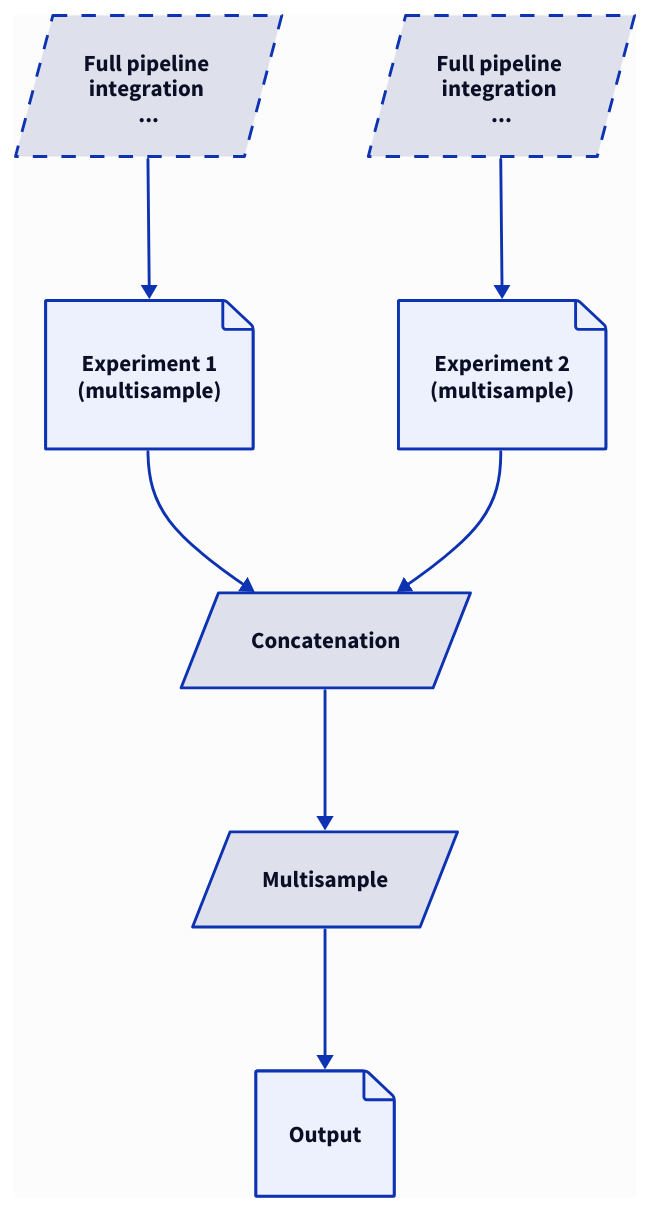
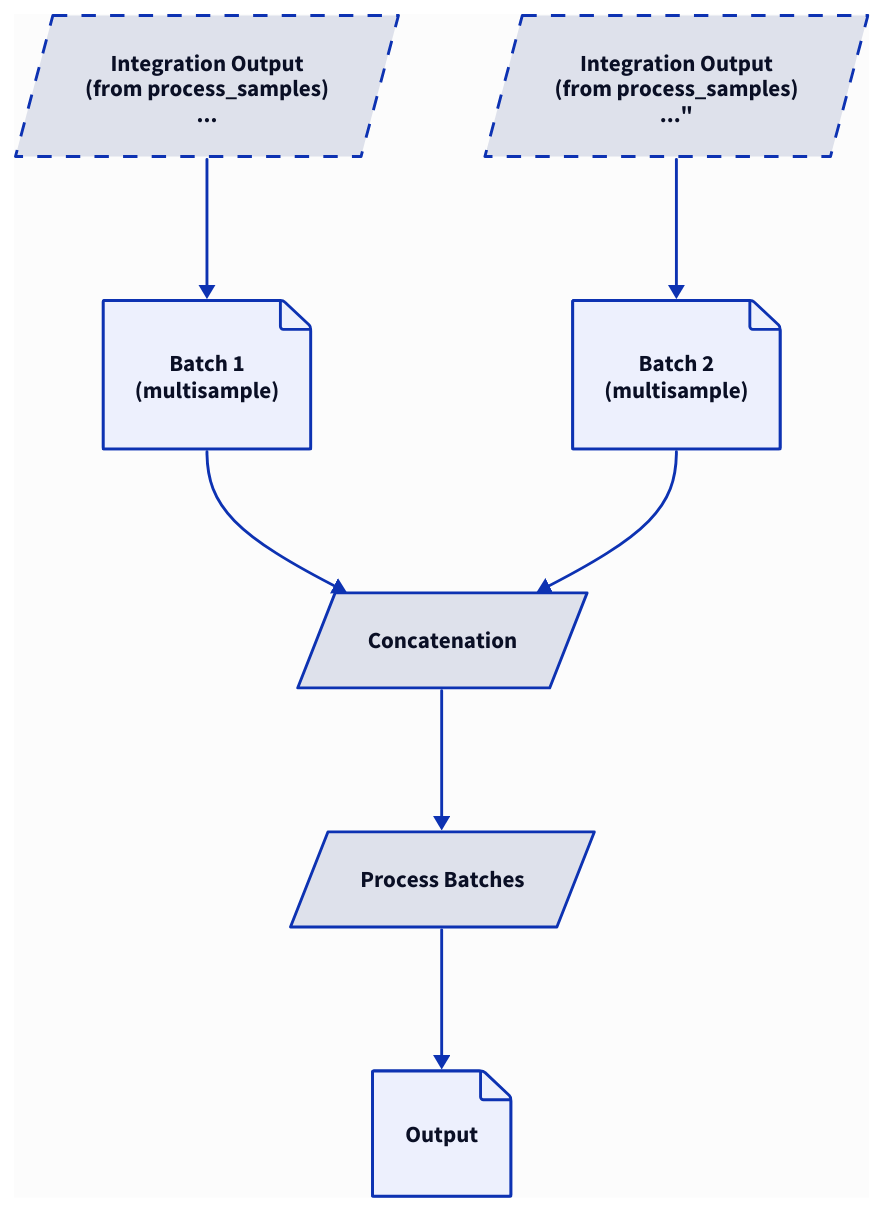
One commit to openpipelines-bio/website changed the fourth of 18 diagrams in fundamentals/architecture.qmd. Above: the diagram before and after it, drawn with D2. The commit also changed other lines of this file, not shown here.

Commit message:
Start updating architecture page for next release

````diff
--- a/fundamentals/architecture.qmd
+++ b/fundamentals/architecture.qmd
@@ -45,41 +75,41 @@
 ```{.d2}
-file_input_1: "Experiment 1\n(multisample)" {
+file_input_1: "Batch 1\n(multisample)" {
   shape: page
 }
 
-file_input_2: "Experiment 2\n(multisample)" {
+file_input_2: "Batch 2\n(multisample)" {
   shape: page
 }
 
 file_output: "Output" {
   shape: page
 }
 
-pipeline_out_1: "Full pipeline \n integration \n..." {
+pipeline_out_1: "Integration Output\n(from process_samples)\n..." {
   shape: parallelogram
   style.stroke-dash: 5
 }
 
-pipeline_out_2: "Full pipeline \n integration  \n..." {
+pipeline_out_2: Integration Output\n(from process_samples)\n..." {
   shape: parallelogram
   style.stroke-dash: 5
 }
 
 concat: "Concatenation" {
   shape: parallelogram
 }
 
-multisample: "Multisample" {
+multisample: "Process Batches" {
   shape: parallelogram
 }
 
 pipeline_out_1 -> file_input_1
 pipeline_out_2 -> file_input_2
 file_input_1 -> concat <- file_input_2
 
 concat -> multisample -> file_output
 
 style: {
   fill: "#FCFCFC"
 }
 ```
````
